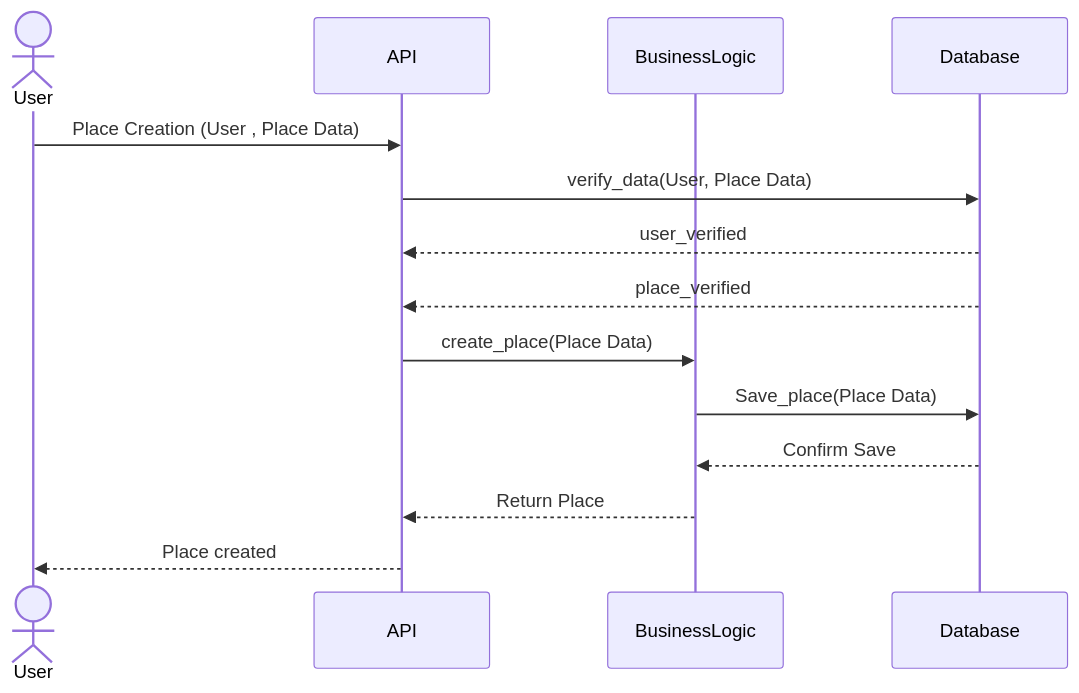
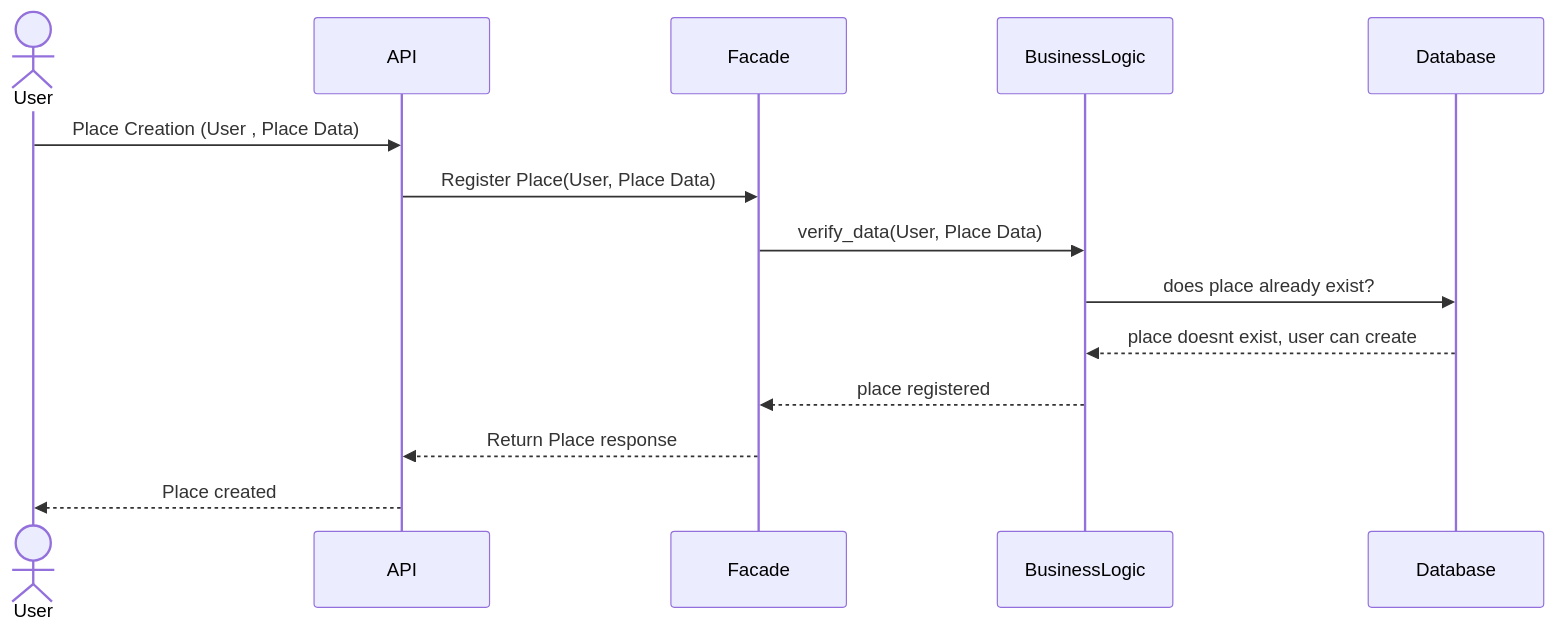
The fourth of 6 diagrams in part1/README.md (SamAT01ni/holbertonschool-hbnb), drawn with Mermaid before and after one commit.

Commit message:
Fixed seq diagram in README.md

````diff
--- a/part1/README.md
+++ b/part1/README.md
@@ -183,17 +183,17 @@
 ```mermaid
 sequenceDiagram
 actor User
 participant API
+participant Facade
 participant BusinessLogic
 participant Database
 
 User->>API: Place Creation (User , Place Data)
-API->>Database: verify_data(User, Place Data)
-Database-->>API: user_verified
-Database-->>API: place_verified
-API->>BusinessLogic: create_place(Place Data)
-BusinessLogic->>Database: Save_place(Place Data)
-Database-->>BusinessLogic: Confirm Save
-BusinessLogic-->>API: Return Place
+API->>Facade: Register Place(User, Place Data)
+Facade->>BusinessLogic: verify_data(User, Place Data)
+BusinessLogic->>Database: does place already exist?
+Database-->>BusinessLogic: place doesnt exist, user can create
+BusinessLogic-->>Facade: place registered
+Facade-->>API: Return Place response
 API-->>User: Place created
 ```
````
